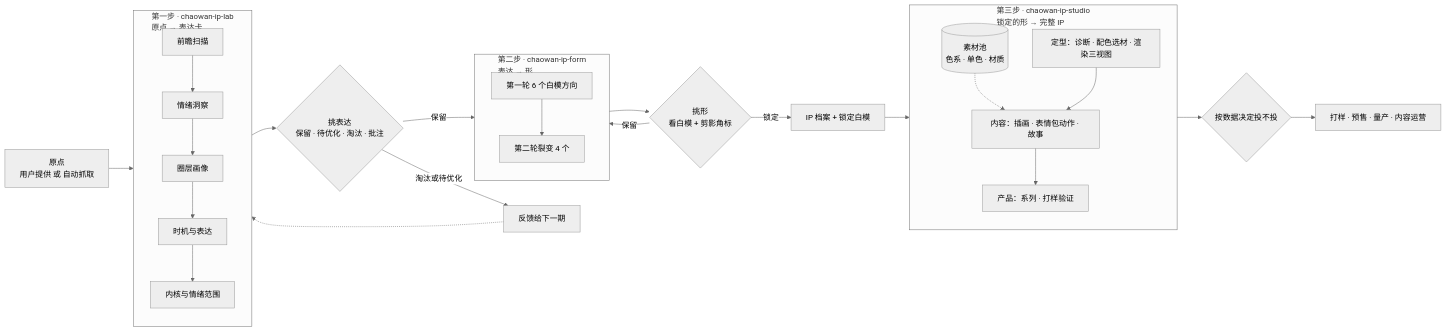
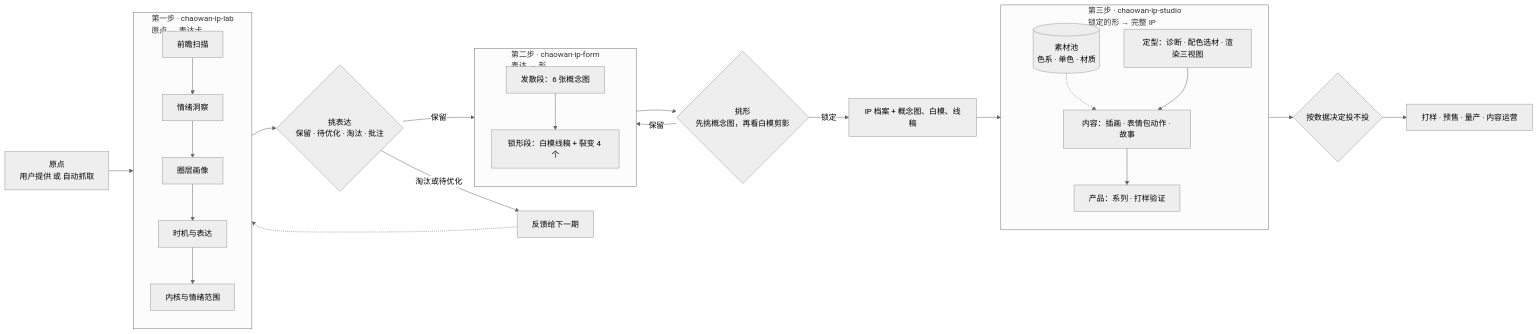
One commit to ashlandkrug878-wq/ip changed the diagram in workflow/潮玩IP工作流.md. Above: the diagram before and after it, drawn with Mermaid (neutral theme). The commit also changed other lines of this file and 14 other files, not shown here.

````diff
--- a/workflow/潮玩IP工作流.md
+++ b/workflow/潮玩IP工作流.md
@@ -12,28 +12,28 @@
 ```mermaid
 flowchart LR
   A[原点<br/>用户提供 或 自动抓取] --> S1
   subgraph S1[第一步 · chaowan-ip-lab<br/>原点 → 表达卡]
     direction TB
     a1[前瞻扫描] --> a2[情绪洞察] --> a3[圈层画像] --> a4[时机与表达] --> a5[内核与情绪范围]
   end
   S1 --> P1{挑表达<br/>保留 · 待优化 · 淘汰 · 批注}
   P1 -->|淘汰或待优化| FB1[反馈给下一期]
   FB1 -.-> S1
   P1 -->|保留| S2
   subgraph S2[第二步 · chaowan-ip-form<br/>表达 → 形]
     direction TB
-    f1[第一轮 6 个白模方向] --> f2[第二轮裂变 4 个]
+    f1[发散段：6 张概念图] --> f2[锁形段：白模线稿 + 裂变 4 个]
   end
-  S2 --> P2{挑形<br/>看白模 + 剪影角标}
+  S2 --> P2{挑形<br/>先挑概念图，再看白模剪影}
   P2 -->|保留| f2
-  P2 -->|锁定| H[IP 档案 + 锁定白模]
+  P2 -->|锁定| H[IP 档案 + 概念图、白模、线稿]
   H --> S3
   subgraph S3[第三步 · chaowan-ip-studio<br/>锁定的形 → 完整 IP]
     direction TB
     POOL[(素材池<br/>色系 · 单色 · 材质)] -.-> b2
     b1[定型：诊断 · 配色选材 · 渲染三视图] --> b2[内容：插画 · 表情包动作 · 故事]
     b2 --> b3[产品：系列 · 打样验证]
   end
   S3 --> P3{按数据决定投不投}
   P3 --> OUT[打样 · 预售 · 量产 · 内容运营]
 ```
````
